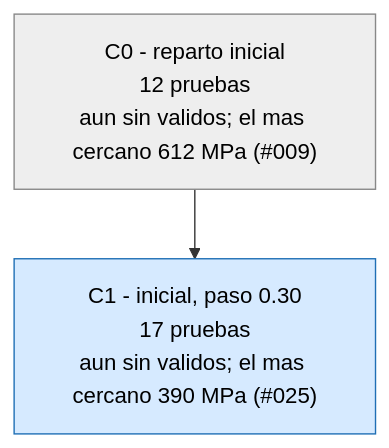
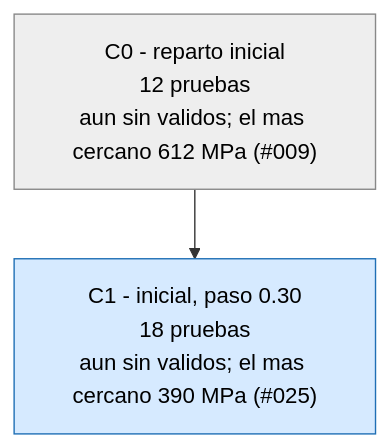
One commit to Hugiko/msd-soporte-optimizacion changed the third of 3 diagrams in runs/opt_37800N/ARBOL.md. Above: the diagram before and after it, drawn with Mermaid. The commit also changed 32 other files, not shown here.

````diff
--- a/runs/opt_37800N/ARBOL.md
+++ b/runs/opt_37800N/ARBOL.md
@@ -33,9 +33,9 @@
 ```mermaid
 graph TD
 classDef activa fill:#d6eaff,stroke:#1f6fb5,color:#000
 classDef fin fill:#eeeeee,stroke:#888,color:#000
 classDef mejor fill:#c8f0c0,stroke:#1a9850,stroke-width:4px,color:#000
 C0["C0 - reparto inicial<br/>12 pruebas<br/>aun sin validos; el mas cercano 612 MPa (#009)"]:::fin
-C1["C1 - inicial, paso 0.30<br/>17 pruebas<br/>aun sin validos; el mas cercano 390 MPa (#025)"]:::activa
+C1["C1 - inicial, paso 0.30<br/>18 pruebas<br/>aun sin validos; el mas cercano 390 MPa (#025)"]:::activa
 C0 --> C1
 ```
````
